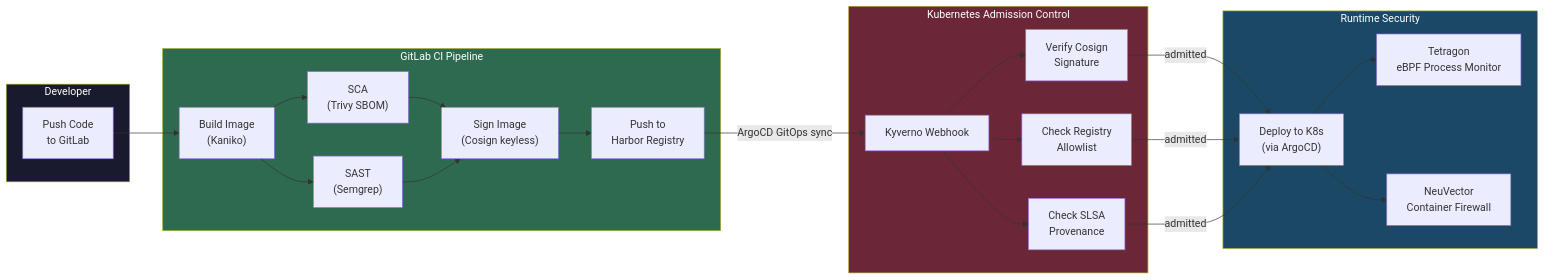
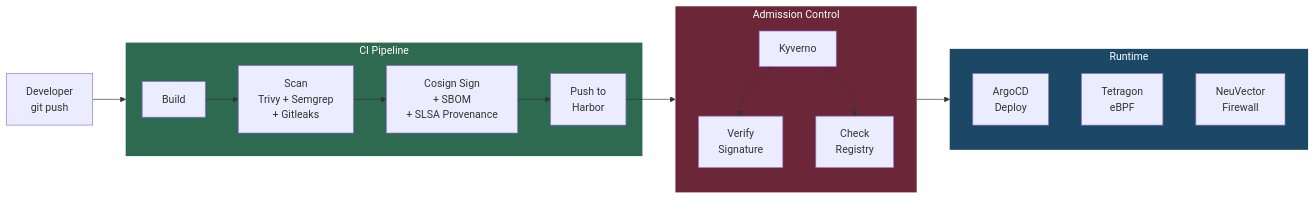
Before and after one commit to kratos81/production-homelab: the fourth of 6 diagrams in README.md, drawn with Mermaid. The commit also changed other lines of this file, not shown here.

Commit message:
Redesign architecture diagrams — cleaner, fewer, focused

````diff
--- a/README.md
+++ b/README.md
@@ -470,38 +282,30 @@
 ```mermaid
 flowchart LR
-    subgraph Dev["Developer"]
-        Code["Push Code<br/>to GitLab"]
+    Dev["Developer<br/>git push"] --> CI["GitLab CI"]
+
+    subgraph CI["CI Pipeline"]
+        Build["Build"] --> Scan["Scan<br/>Trivy + Semgrep<br/>+ Gitleaks"]
+        Scan --> Sign["Cosign Sign<br/>+ SBOM<br/>+ SLSA Provenance"]
+        Sign --> Push["Push to<br/>Harbor"]
     end
 
-    subgraph CI["GitLab CI Pipeline"]
-        Build["Build Image<br/>(Kaniko)"]
-        SCA["SCA<br/>(Trivy SBOM)"]
-        SAST["SAST<br/>(Semgrep)"]
-        Sign["Sign Image<br/>(Cosign keyless)"]
-        Push["Push to<br/>Harbor Registry"]
+    Push --> Admit
+
+    subgraph Admit["Admission Control"]
+        Kyv["Kyverno"]
+        Kyv --> Sig["Verify<br/>Signature"]
+        Kyv --> Reg["Check<br/>Registry"]
     end
 
-    subgraph Admission["Kubernetes Admission Control"]
-        Kyverno["Kyverno Webhook"]
-        VerifySig["Verify Cosign<br/>Signature"]
-        CheckReg["Check Registry<br/>Allowlist"]
-        CheckProv["Check SLSA<br/>Provenance"]
+    Admit --> Run
+
+    subgraph Run["Runtime"]
+        Deploy["ArgoCD<br/>Deploy"]
+        Tet["Tetragon<br/>eBPF"]
+        NV["NeuVector<br/>Firewall"]
     end
 
-    subgraph Runtime["Runtime Security"]
-        Deploy["Deploy to K8s<br/>(via ArgoCD)"]
-        Tetragon2["Tetragon<br/>eBPF Process Monitor"]
-        NeuVector2["NeuVector<br/>Container Firewall"]
-    end
-
-    Code --> Build --> SCA & SAST --> Sign --> Push
-    Push -->|"ArgoCD GitOps sync"| Kyverno
-    Kyverno --> VerifySig & CheckReg & CheckProv
-    VerifySig & CheckReg & CheckProv -->|"admitted"| Deploy
-    Deploy --> Tetragon2 & NeuVector2
-
-    style Dev fill:#1a1a2e,color:#fff
-    style CI fill:#2d6a4f,color:#fff
-    style Admission fill:#6b2737,color:#fff
-    style Runtime fill:#1b4965,color:#fff
+    style CI fill:#2d6a4f,color:#fff,stroke:none
+    style Admit fill:#6b2737,color:#fff,stroke:none
+    style Run fill:#1b4965,color:#fff,stroke:none
 ```
````
